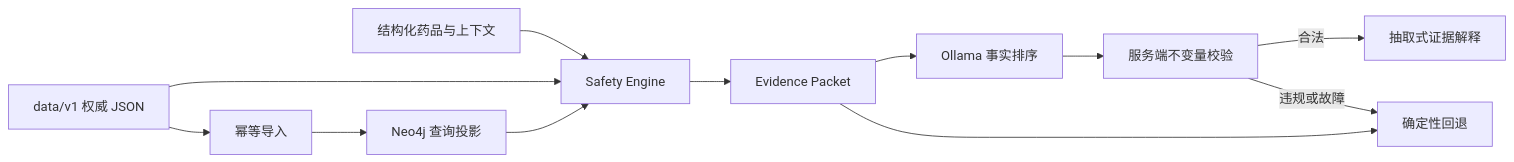
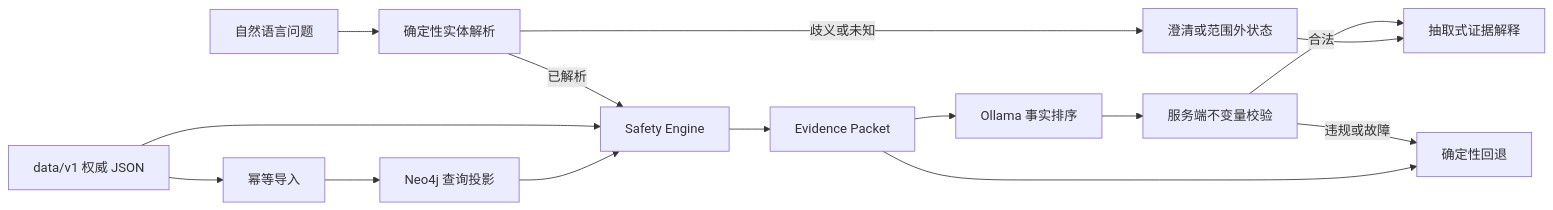
One commit to GFLabandon/MedSafetyAssistant changed the diagram in README.md. Above: the diagram before and after it, drawn with Mermaid. The commit also changed other lines of this file and 8 other files, not shown here.

Commit message:
feat: connect React to V1 evidence flow

````diff
--- a/README.md
+++ b/README.md
@@ -46,14 +46,17 @@
 ```mermaid
 flowchart LR
-    A["结构化药品与上下文"] --> B["Safety Engine"]
+    A["自然语言问题"] --> R["确定性实体解析"]
+    R -->|"已解析"| B["Safety Engine"]
+    R -->|"歧义或未知"| Q["澄清或范围外状态"]
     J["data/v1 权威 JSON"] --> B
     J --> C["幂等导入"]
     C --> D["Neo4j 查询投影"]
     D --> B
     B --> E["Evidence Packet"]
     E --> F["Ollama 事实排序"]
     F --> G["服务端不变量校验"]
     G -->|"合法"| H["抽取式证据解释"]
     G -->|"违规或故障"| I["确定性回退"]
     E --> I
+    Q --> H
 ```
````
